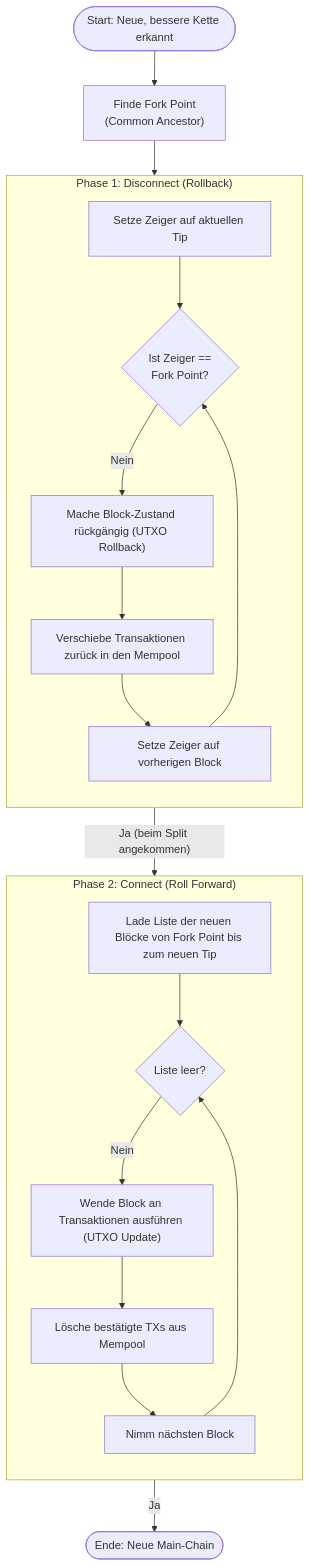
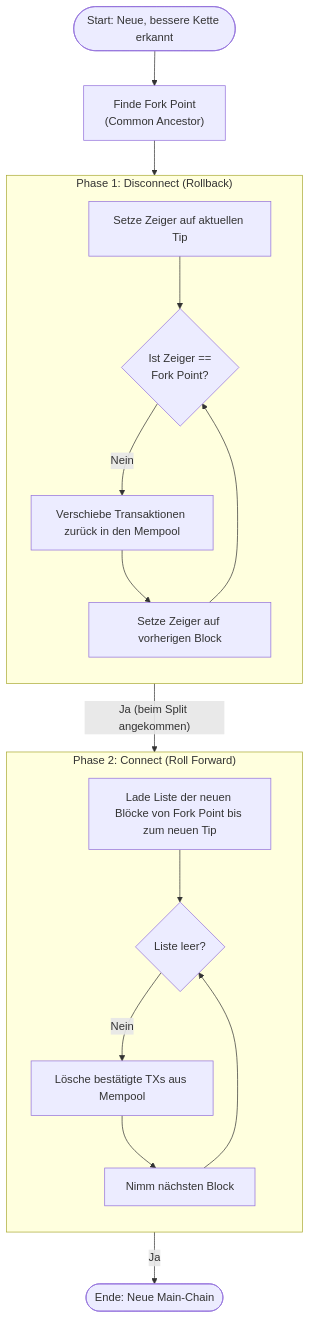
Before and after one commit to bjoern621/VSP-Blockchain: the eighth of 12 diagrams in docs/arc42/arc42-MinerNetwork/MinerNetwork.md, drawn with Mermaid. The commit also changed other lines of this file and 25 other files, not shown here.

````diff
--- a/docs/arc42/arc42-MinerNetwork/MinerNetwork.md
+++ b/docs/arc42/arc42-MinerNetwork/MinerNetwork.md
@@ -564,30 +711,28 @@
 ```mermaid
 flowchart TB
     Start([Start: Neue, bessere Kette erkannt]) --> FindSplit
 
     FindSplit["Finde Fork Point <br/>(Common Ancestor)"] --> StartRollback
 
     subgraph "Phase 1: Disconnect (Rollback)"
         direction TB
         StartRollback[Setze Zeiger auf aktuellen Tip] --> CheckSplit{Ist Zeiger ==<br/>Fork Point?}
 
-        CheckSplit -- Nein --> UndoState["Mache Block-Zustand rückgängig (UTXO Rollback)"]
-        UndoState --> TxToMempool[Verschiebe Transaktionen zurück in den Mempool]
+        CheckSplit -- Nein --> TxToMempool[Verschiebe Transaktionen zurück in den Mempool]
         TxToMempool --> StepPrev[Setze Zeiger auf vorherigen Block]
         StepPrev --> CheckSplit
     end
 
     CheckSplit -- "Ja (beim Split angekommen)" --> GetNewPath
 
     subgraph "Phase&nbsp;2:&nbsp;Connect&nbsp;(Roll&nbsp;Forward)"
         direction TB
         GetNewPath[Lade Liste der neuen Blöcke von Fork Point bis zum neuen Tip] --> CheckList{Liste leer?}
 
-        CheckList -- Nein --> ApplyBlock["Wende Block an Transaktionen ausführen (UTXO Update)"]
-        ApplyBlock --> CleanMempool[Lösche bestätigte TXs aus Mempool]
+        CheckList -- Nein --> CleanMempool[Lösche bestätigte TXs aus Mempool]
         CleanMempool --> StepNext[Nimm nächsten Block]
         StepNext --> CheckList
     end
 
     CheckList -- Ja --> Stop([Ende: Neue Main-Chain])
 ```
````
